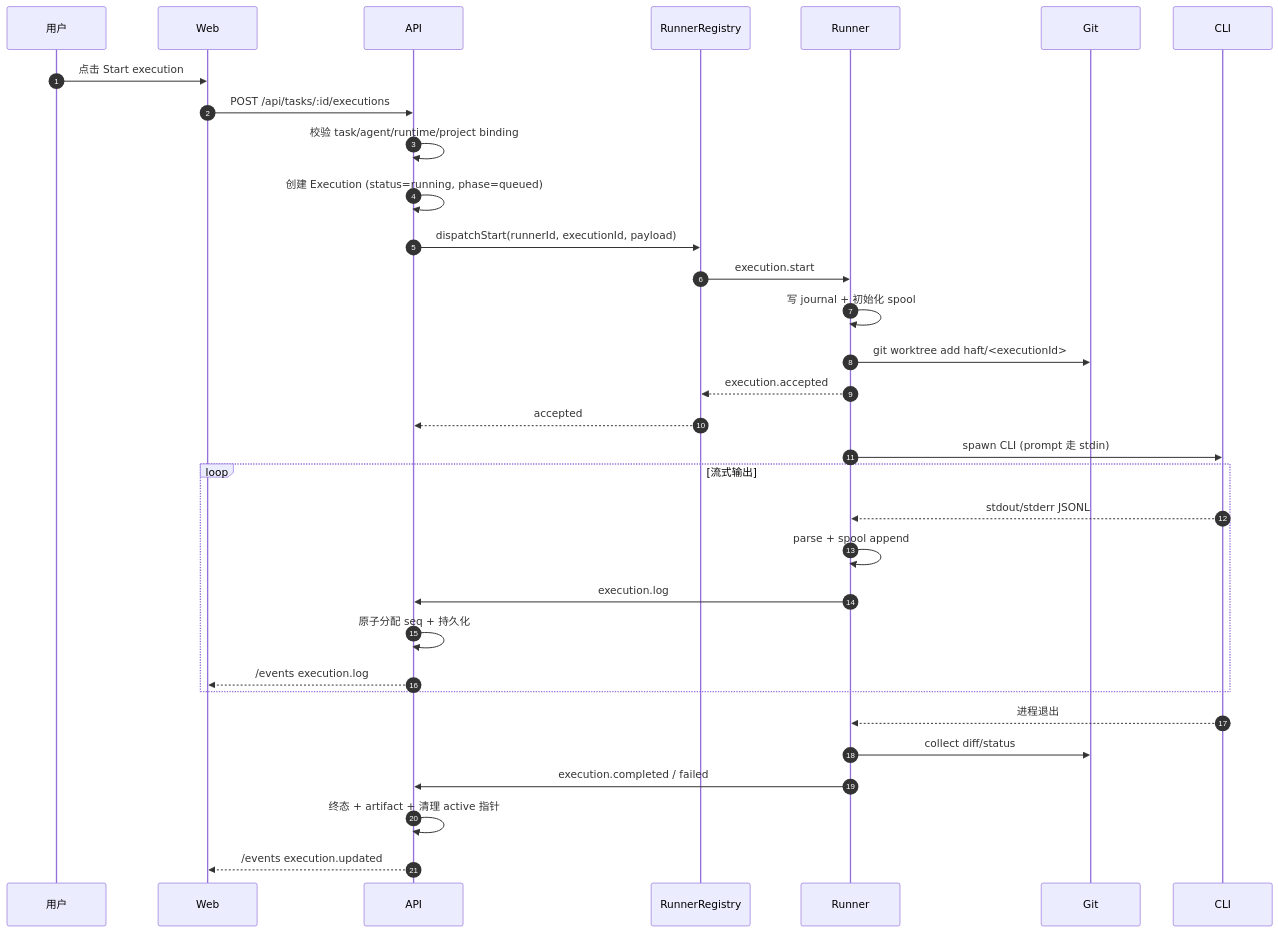
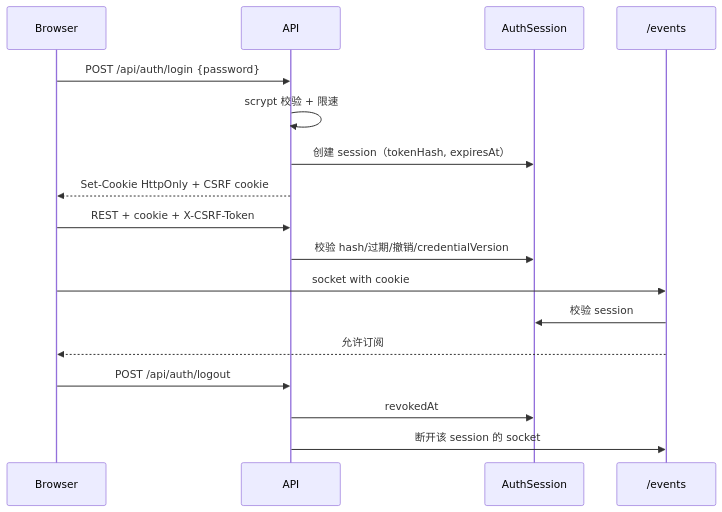
One commit to cloudyBird233/Haft changed the fifth of 8 diagrams in docs/phase-2-technical-roadmap.md. Above: the diagram before and after it, drawn with Mermaid. The commit also changed other lines of this file, not shown here.

Commit message:
docs: finalize phase 2 architecture baseline and review resolution

````diff
--- a/docs/phase-2-technical-roadmap.md
+++ b/docs/phase-2-technical-roadmap.md
@@ -752,35 +908,19 @@
 ```mermaid
 sequenceDiagram
-  autonumber
-  participant U as 用户
-  participant W as Web
+  participant U as Browser
   participant A as API
-  participant RG as RunnerRegistry
-  participant R as Runner
-  participant G as Git
-  participant C as CLI
-
-  U->>W: 点击 Start execution
-  W->>A: POST /api/tasks/:id/executions
-  A->>A: 校验 task/agent/runtime/project binding
-  A->>A: 创建 Execution (status=running, phase=queued)
-  A->>RG: dispatchStart(runnerId, executionId, payload)
-  RG->>R: execution.start
-  R->>R: 写 journal + 初始化 spool
-  R->>G: git worktree add haft/<executionId>
-  R-->>RG: execution.accepted
-  RG-->>A: accepted
-  R->>C: spawn CLI (prompt 走 stdin)
-  loop 流式输出
-    C-->>R: stdout/stderr JSONL
-    R->>R: parse + spool append
-    R->>A: execution.log
-    A->>A: 原子分配 seq + 持久化
-    A-->>W: /events execution.log
-  end
-  C-->>R: 进程退出
-  R->>G: collect diff/status
-  R->>A: execution.completed / failed
-  A->>A: 终态 + artifact + 清理 active 指针
-  A-->>W: /events execution.updated
+  participant DB as AuthSession
+  participant WS as /events
+  U->>A: POST /api/auth/login {password}
+  A->>A: scrypt 校验 + 限速
+  A->>DB: 创建 session（tokenHash, expiresAt）
+  A-->>U: Set-Cookie HttpOnly + CSRF cookie
+  U->>A: REST + cookie + X-CSRF-Token
+  A->>DB: 校验 hash/过期/撤销/credentialVersion
+  U->>WS: socket with cookie
+  WS->>DB: 校验 session
+  WS-->>U: 允许订阅
+  U->>A: POST /api/auth/logout
+  A->>DB: revokedAt
+  A->>WS: 断开该 session 的 socket
 ```
````
